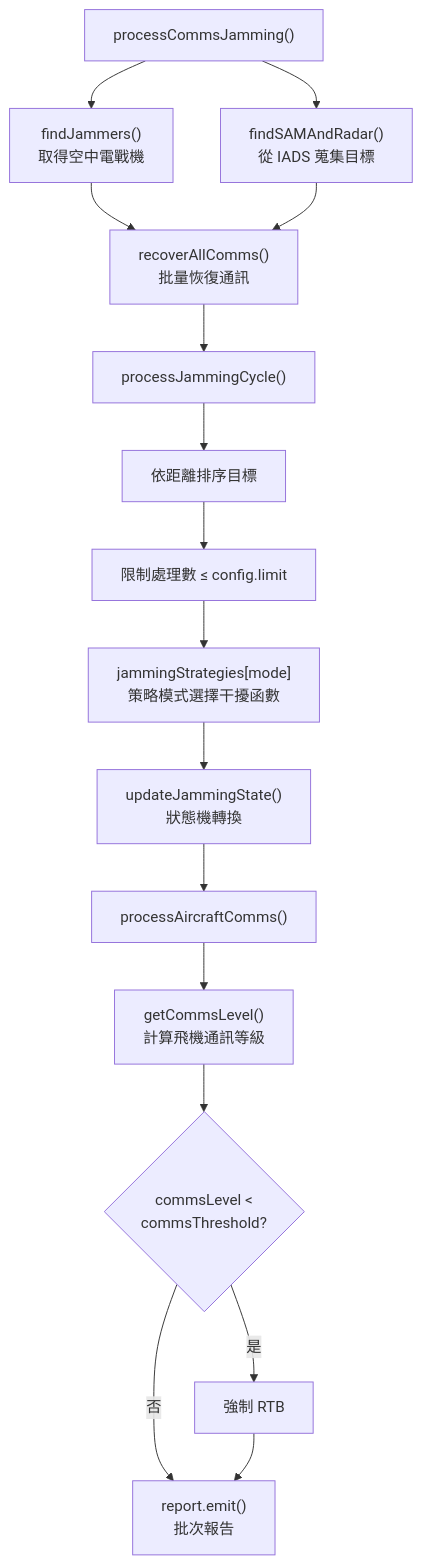
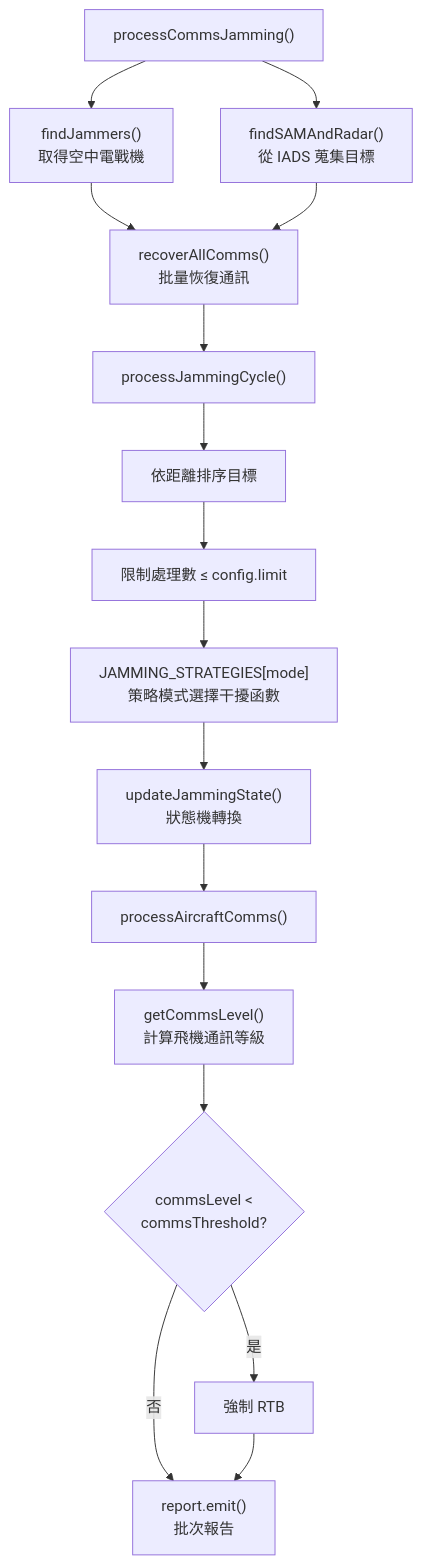
One commit to pullupjumper/formosa-in-flames changed the second of 2 diagrams in docs/ew/commsJamming.md. Above: the diagram before and after it, drawn with Mermaid. The commit also changed 17 other files, not shown here.

````diff
--- a/docs/ew/commsJamming.md
+++ b/docs/ew/commsJamming.md
@@ -83,33 +83,33 @@
 ```mermaid
 flowchart TD
     START["processCommsJamming()"]
     FIND_J["findJammers()<br>取得空中電戰機"]
     FIND_T["findSAMAndRadar()<br>從 IADS 蒐集目標"]
     RECOVER["recoverAllComms()<br>批量恢復通訊"]
     CYCLE["processJammingCycle()"]
     SORT["依距離排序目標"]
     LIMIT["限制處理數 ≤ config.limit"]
-    STRATEGY["jammingStrategies[mode]<br>策略模式選擇干擾函數"]
+    STRATEGY["JAMMING_STRATEGIES[mode]<br>策略模式選擇干擾函數"]
     STATE["updateJammingState()<br>狀態機轉換"]
     AIRCRAFT["processAircraftComms()"]
     LEVEL["getCommsLevel()<br>計算飛機通訊等級"]
     RTB{"commsLevel <<br>commsThreshold?"}
     FORCE_RTB["強制 RTB"]
     LOG["report.emit()<br>批次報告"]
 
     START --> FIND_J
     START --> FIND_T
     FIND_J --> RECOVER
     FIND_T --> RECOVER
     RECOVER --> CYCLE
     CYCLE --> SORT
     SORT --> LIMIT
     LIMIT --> STRATEGY
     STRATEGY --> STATE
     STATE --> AIRCRAFT
     AIRCRAFT --> LEVEL
     LEVEL --> RTB
     RTB -->|是| FORCE_RTB
     RTB -->|否| LOG
     FORCE_RTB --> LOG
 ```
````
